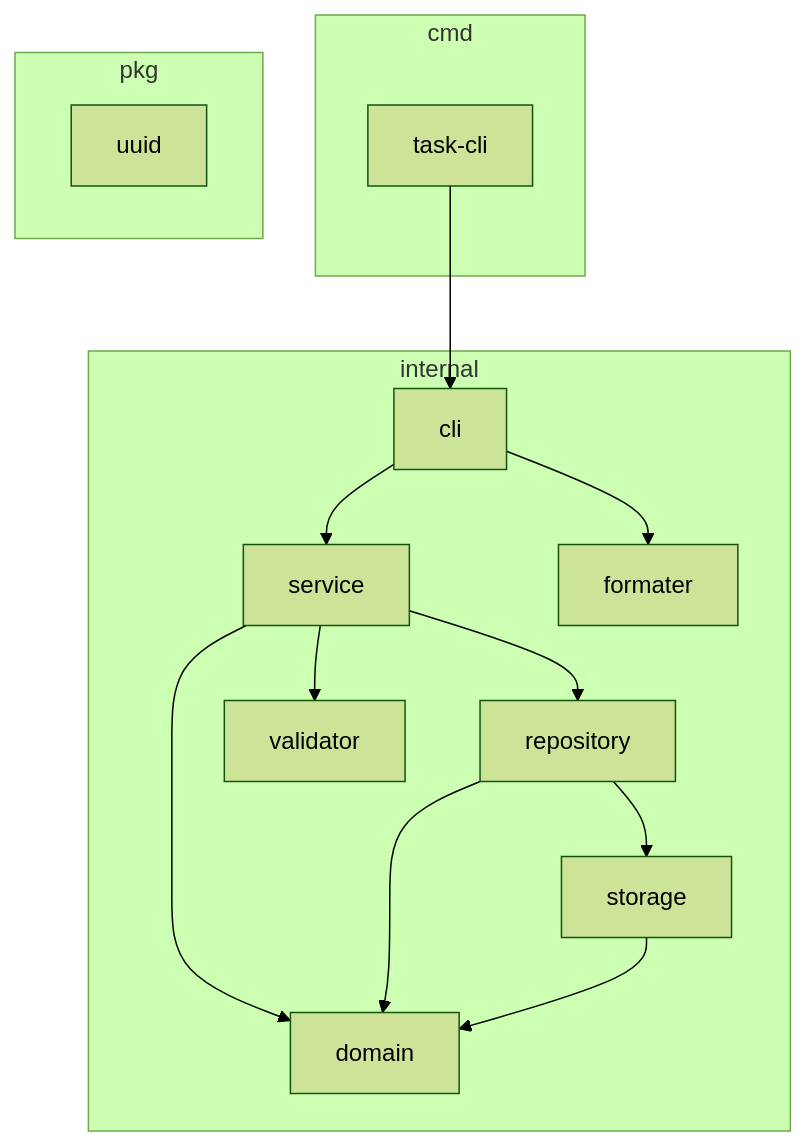
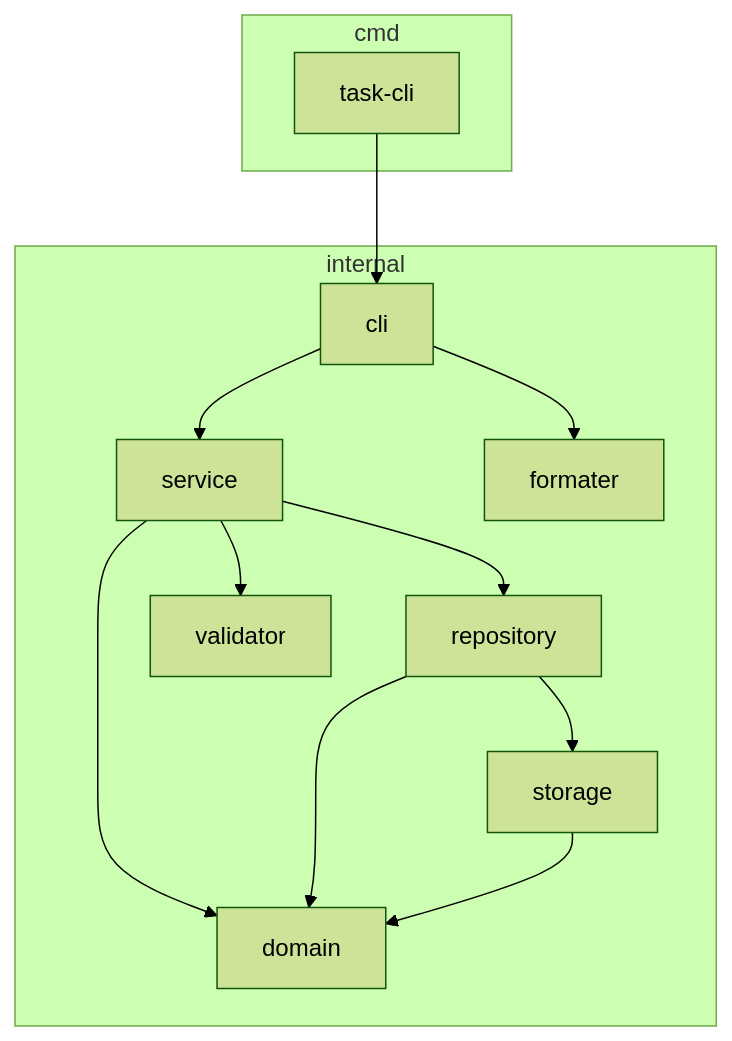
The sixth of 10 diagrams in docs/software-design-document.md (mmk31585/task-cli), drawn with Mermaid (forest theme) before and after one commit. The commit also changed other lines of this file and 7 other files, not shown here.

````diff
--- a/docs/software-design-document.md
+++ b/docs/software-design-document.md
@@ -768,28 +761,24 @@
 ```mermaid
 graph TD
     subgraph "cmd"
         taskcli[task-cli]
     end
     subgraph "internal"
         cli
         service
         repository
         storage
         domain
         validator
         formater
     end
-    subgraph "pkg"
-        uuid
-    end
-
     taskcli --> cli
     cli --> service
     cli --> formater
     service --> repository
     service --> domain
     service --> validator
     repository --> storage
     repository --> domain
     storage --> domain
 ```
````
